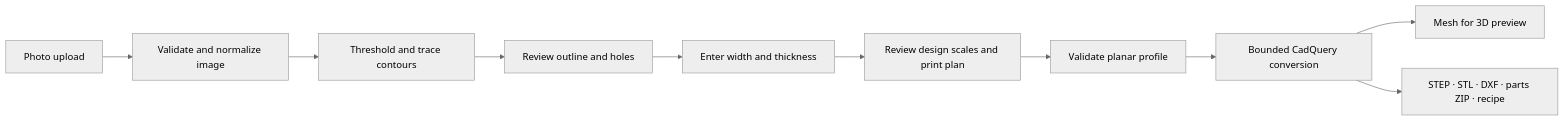
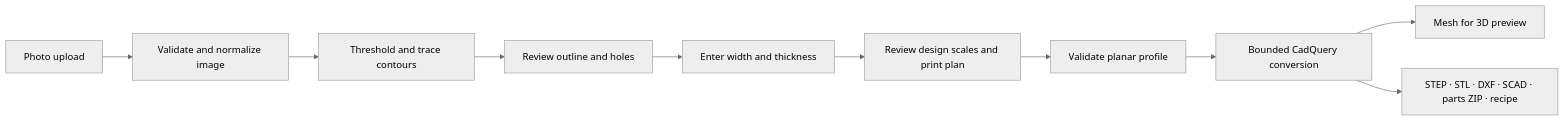
One commit to bartytime4life/Pictures-to-3D-CAD-Models changed the diagram in docs/architecture.md. Above: the diagram before and after it, drawn with Mermaid (neutral theme). The commit also changed other lines of this file and 69 other files, not shown here.

````diff
--- a/docs/architecture.md
+++ b/docs/architecture.md
@@ -5,12 +5,12 @@
 ```mermaid
 flowchart LR
     A[Photo upload] --> B[Validate and normalize image]
     B --> C[Threshold and trace contours]
     C --> D[Review outline and holes]
     D --> E[Enter width and thickness]
     E --> J[Review design scales and print plan]
     J --> F[Validate planar profile]
     F --> G[Bounded CadQuery conversion]
     G --> H[Mesh for 3D preview]
-    G --> I[STEP · STL · DXF · parts ZIP · recipe]
+    G --> I[STEP · STL · DXF · SCAD · parts ZIP · recipe]
 ```
````
